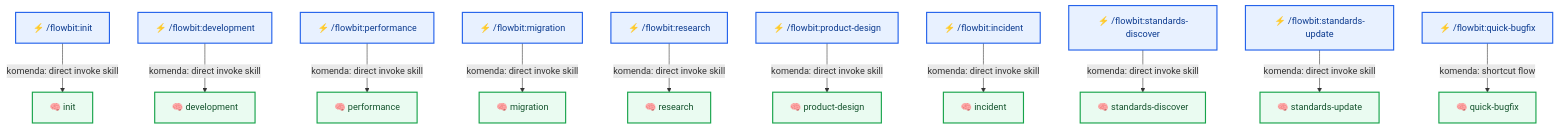
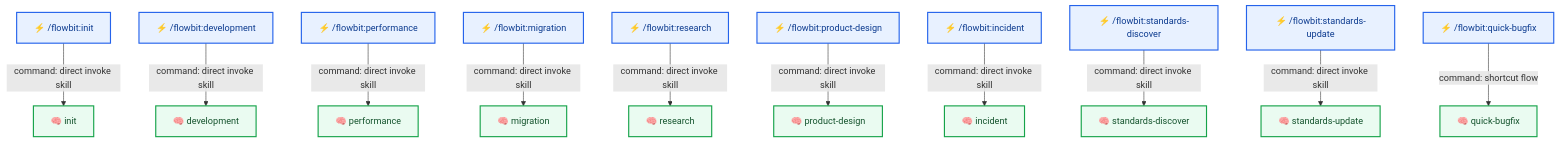
One commit to plucins/flowbit changed the third of 8 diagrams in docs/flow/overview.md. Above: the diagram before and after it, drawn with Mermaid. The commit also changed other lines of this file and 11 other files, not shown here.

````diff
--- a/docs/flow/overview.md
+++ b/docs/flow/overview.md
@@ -93,18 +107,18 @@
 ```mermaid
 graph TD
-  INIT["⚡ /flowbit:init"] -- "komenda: direct invoke skill" --> S_INIT["🧠 init"]
-  DEV["⚡ /flowbit:development"] -- "komenda: direct invoke skill" --> S_DEV["🧠 development"]
-  PERF["⚡ /flowbit:performance"] -- "komenda: direct invoke skill" --> S_PERF["🧠 performance"]
-  MIG["⚡ /flowbit:migration"] -- "komenda: direct invoke skill" --> S_MIG["🧠 migration"]
-  RES["⚡ /flowbit:research"] -- "komenda: direct invoke skill" --> S_RES["🧠 research"]
-  PD["⚡ /flowbit:product-design"] -- "komenda: direct invoke skill" --> S_PD["🧠 product-design"]
-  INC["⚡ /flowbit:incident"] -- "komenda: direct invoke skill" --> S_INC["🧠 incident"]
-  STD_DISC["⚡ /flowbit:standards-discover"] -- "komenda: direct invoke skill" --> S_STD_DISC["🧠 standards-discover"]
-  STD_UPD["⚡ /flowbit:standards-update"] -- "komenda: direct invoke skill" --> S_STD_UPD["🧠 standards-update"]
-  QBUG["⚡ /flowbit:quick-bugfix"] -- "komenda: shortcut flow" --> S_QBUG["🧠 quick-bugfix"]
+  INIT["⚡ /flowbit:init"] -- "command: direct invoke skill" --> S_INIT["🧠 init"]
+  DEV["⚡ /flowbit:development"] -- "command: direct invoke skill" --> S_DEV["🧠 development"]
+  PERF["⚡ /flowbit:performance"] -- "command: direct invoke skill" --> S_PERF["🧠 performance"]
+  MIG["⚡ /flowbit:migration"] -- "command: direct invoke skill" --> S_MIG["🧠 migration"]
+  RES["⚡ /flowbit:research"] -- "command: direct invoke skill" --> S_RES["🧠 research"]
+  PD["⚡ /flowbit:product-design"] -- "command: direct invoke skill" --> S_PD["🧠 product-design"]
+  INC["⚡ /flowbit:incident"] -- "command: direct invoke skill" --> S_INC["🧠 incident"]
+  STD_DISC["⚡ /flowbit:standards-discover"] -- "command: direct invoke skill" --> S_STD_DISC["🧠 standards-discover"]
+  STD_UPD["⚡ /flowbit:standards-update"] -- "command: direct invoke skill" --> S_STD_UPD["🧠 standards-update"]
+  QBUG["⚡ /flowbit:quick-bugfix"] -- "command: shortcut flow" --> S_QBUG["🧠 quick-bugfix"]
 
   classDef cmd fill:#E8F1FF,stroke:#2563EB,stroke-width:2px,color:#0B3A8F;
   classDef skill fill:#EAFBF1,stroke:#16A34A,stroke-width:2px,color:#14532D;
   class INIT,DEV,PERF,MIG,RES,PD,INC,STD_DISC,STD_UPD,QBUG cmd;
   class S_INIT,S_DEV,S_PERF,S_MIG,S_RES,S_PD,S_INC,S_STD_DISC,S_STD_UPD,S_QBUG skill;
 ```
````
